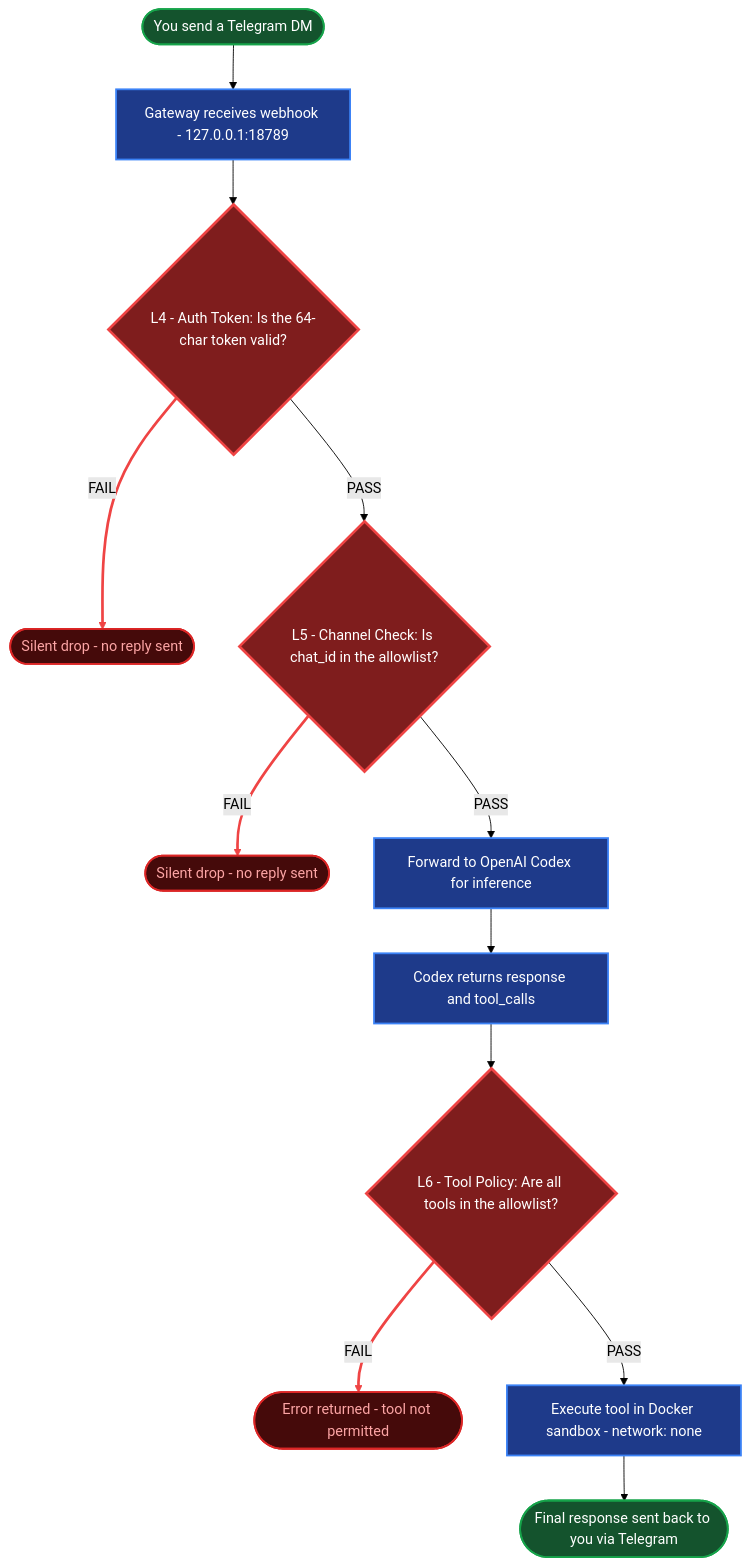
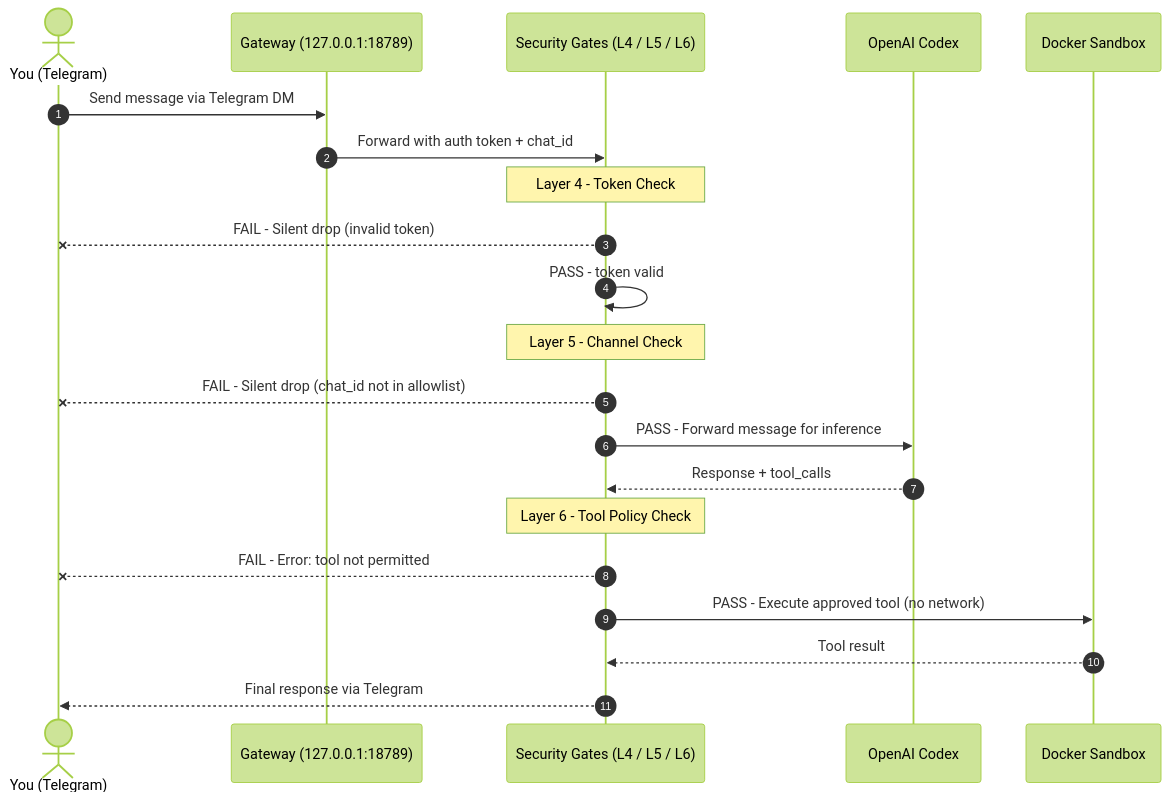
Before and after one commit to vishal8shah/openclaw-personal-ai-agent: the third of 4 diagrams in docs-site/docs/security.md, drawn with Mermaid (forest theme). The commit also changed other lines of this file, not shown here.

Commit message:
docs: revert Diagram 4 to sequenceDiagram with flat PASS/FAIL arrows (pre-flowchart version)

````diff
--- a/docs-site/docs/security.md
+++ b/docs-site/docs/security.md
@@ -176,42 +177,29 @@
 ```mermaid
-flowchart TD
-    classDef start fill:#14532d,stroke:#16a34a,stroke-width:2px,color:#fff;
-    classDef action fill:#1e3a8a,stroke:#3b82f6,stroke-width:2px,color:#fff;
-    classDef gate fill:#7f1d1d,stroke:#ef4444,stroke-width:3px,color:#fff;
-    classDef reject fill:#450a0a,stroke:#dc2626,stroke-width:2px,color:#fca5a5;
-    classDef finish fill:#14532d,stroke:#16a34a,stroke-width:2px,color:#fff;
+sequenceDiagram
+    autonumber
+    actor User as You (Telegram)
+    participant GW as Gateway (127.0.0.1:18789)
+    participant Gates as Security Gates (L4 / L5 / L6)
+    participant AI as OpenAI Codex
+    participant SB as Docker Sandbox
 
-    A(["You send a Telegram DM"]):::start
-    B["Gateway receives webhook - 127.0.0.1:18789"]:::action
+    User->>GW: Send message via Telegram DM
+    GW->>Gates: Forward with auth token + chat_id
 
-    C{"L4 - Auth Token: Is the 64-char token valid?"}:::gate
-    C_fail(["Silent drop - no reply sent"]):::reject
+    Note over Gates: Layer 4 - Token Check
+    Gates--xUser: FAIL - Silent drop (invalid token)
+    Gates->>Gates: PASS - token valid
 
-    D{"L5 - Channel Check: Is chat_id in the allowlist?"}:::gate
-    D_fail(["Silent drop - no reply sent"]):::reject
+    Note over Gates: Layer 5 - Channel Check
+    Gates--xUser: FAIL - Silent drop (chat_id not in allowlist)
+    Gates->>AI: PASS - Forward message for inference
 
-    E["Forward to OpenAI Codex for inference"]:::action
-    F["Codex returns response and tool_calls"]:::action
+    AI-->>Gates: Response + tool_calls
 
-    G{"L6 - Tool Policy: Are all tools in the allowlist?"}:::gate
-    G_fail(["Error returned - tool not permitted"]):::reject
+    Note over Gates: Layer 6 - Tool Policy Check
+    Gates--xUser: FAIL - Error: tool not permitted
+    Gates->>SB: PASS - Execute approved tool (no network)
 
-    H["Execute tool in Docker sandbox - network: none"]:::action
-    I(["Final response sent back to you via Telegram"]):::finish
-
-    A --> B
-    B --> C
-    C -- PASS --> D
-    C -- FAIL --> C_fail
-    D -- PASS --> E
-    D -- FAIL --> D_fail
-    E --> F
-    F --> G
-    G -- PASS --> H
-    G -- FAIL --> G_fail
-    H --> I
-
-    linkStyle 3 stroke:#ef4444,stroke-width:3px;
-    linkStyle 5 stroke:#ef4444,stroke-width:3px;
-    linkStyle 9 stroke:#ef4444,stroke-width:3px;
+    SB-->>Gates: Tool result
+    Gates-->>User: Final response via Telegram
 ```
````
